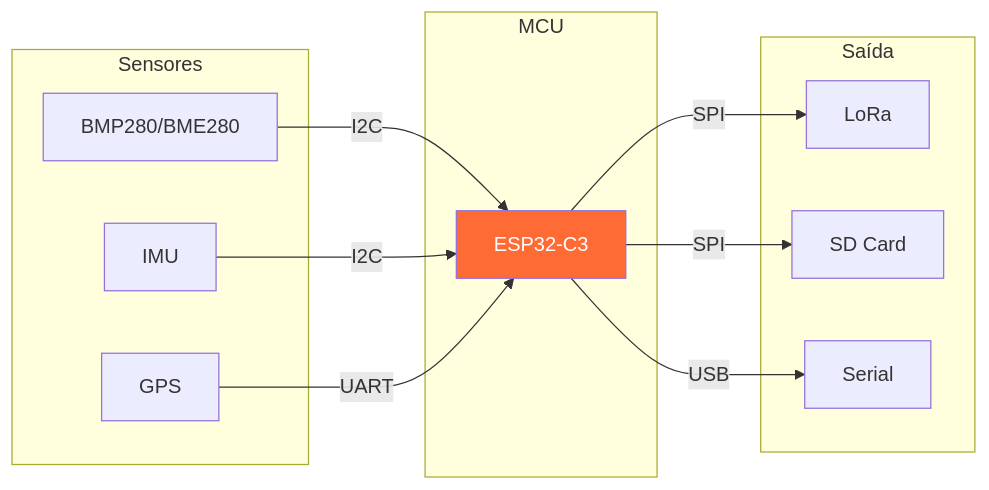
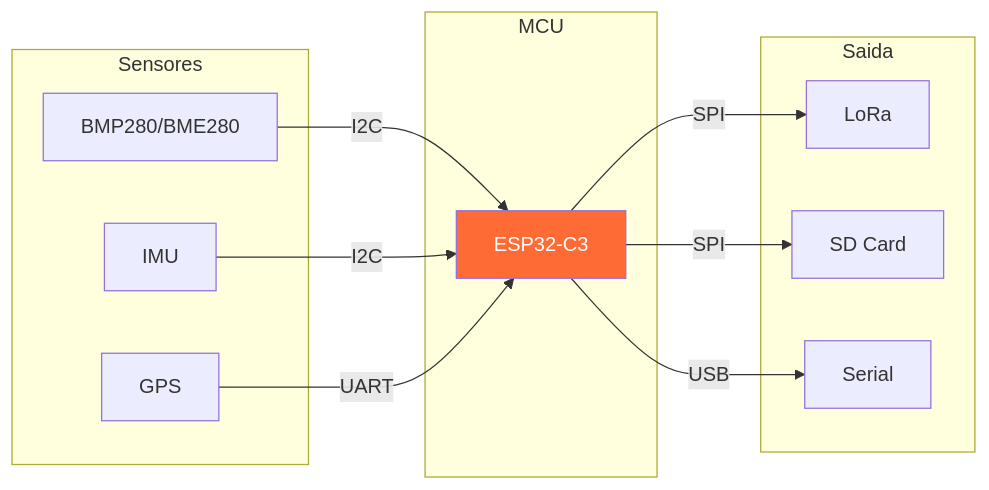
One commit to ViniciusCMB/telemetry-trainee-program changed the first of 2 diagrams in docs/trilhas/sensors.md. Above: the diagram before and after it, drawn with Mermaid. The commit also changed other lines of this file and 8 other files, not shown here.

First line of the commit message:
fix: corrige syntaxe Mermaid flowcharts para exibicao web

````diff
--- a/docs/trilhas/sensors.md
+++ b/docs/trilhas/sensors.md
@@ -21,28 +21,28 @@
 ```mermaid
 flowchart LR
-    subgraph "Sensores"
+    subgraph Sensores
         BMP[BMP280/BME280]
         IMU[IMU]
         GPS[GPS]
     end
     
-    subgraph "MCU"
+    subgraph MCU
         ESP[ESP32-C3]
     end
     
-    subgraph "Saída"
+    subgraph Saida
         LORA[LoRa]
         SD[SD Card]
         SERIAL[Serial]
     end
     
     BMP -->|I2C| ESP
     IMU -->|I2C| ESP
     GPS -->|UART| ESP
     
     ESP -->|SPI| LORA
     ESP -->|SPI| SD
     ESP -->|USB| SERIAL
     
     style ESP fill:#ff6b35,color:#fff
 ```
````
